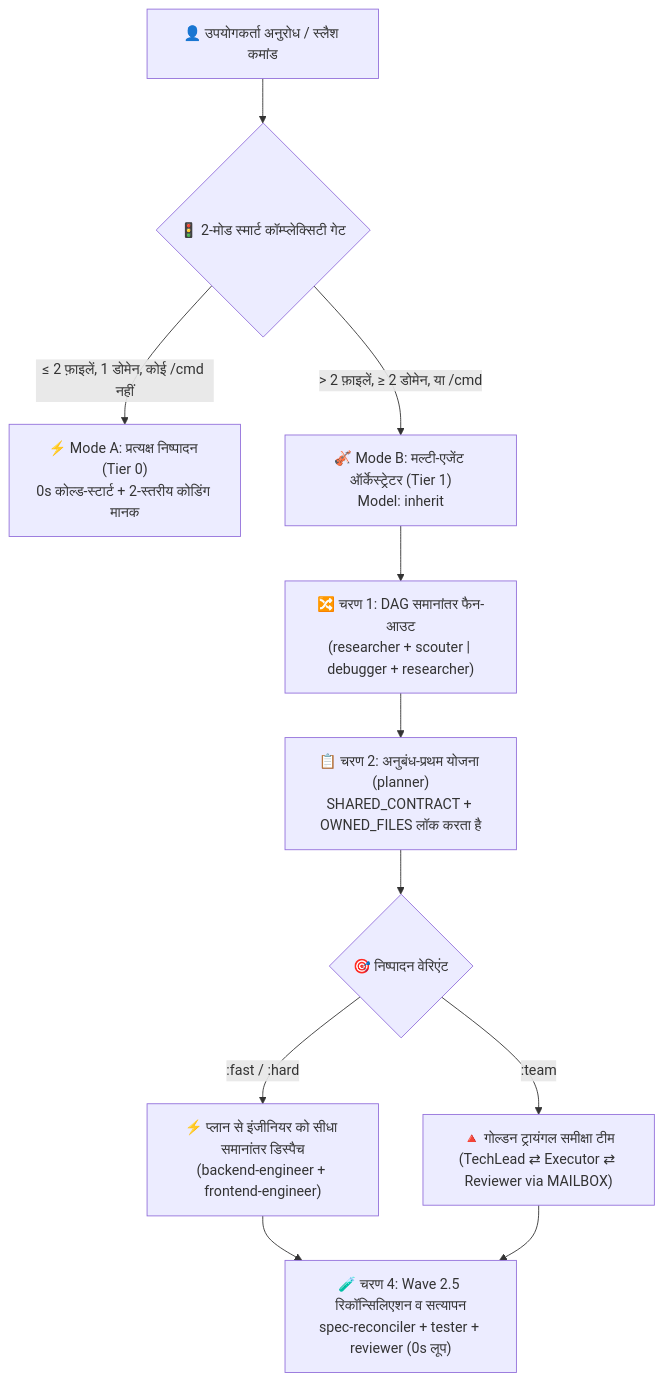
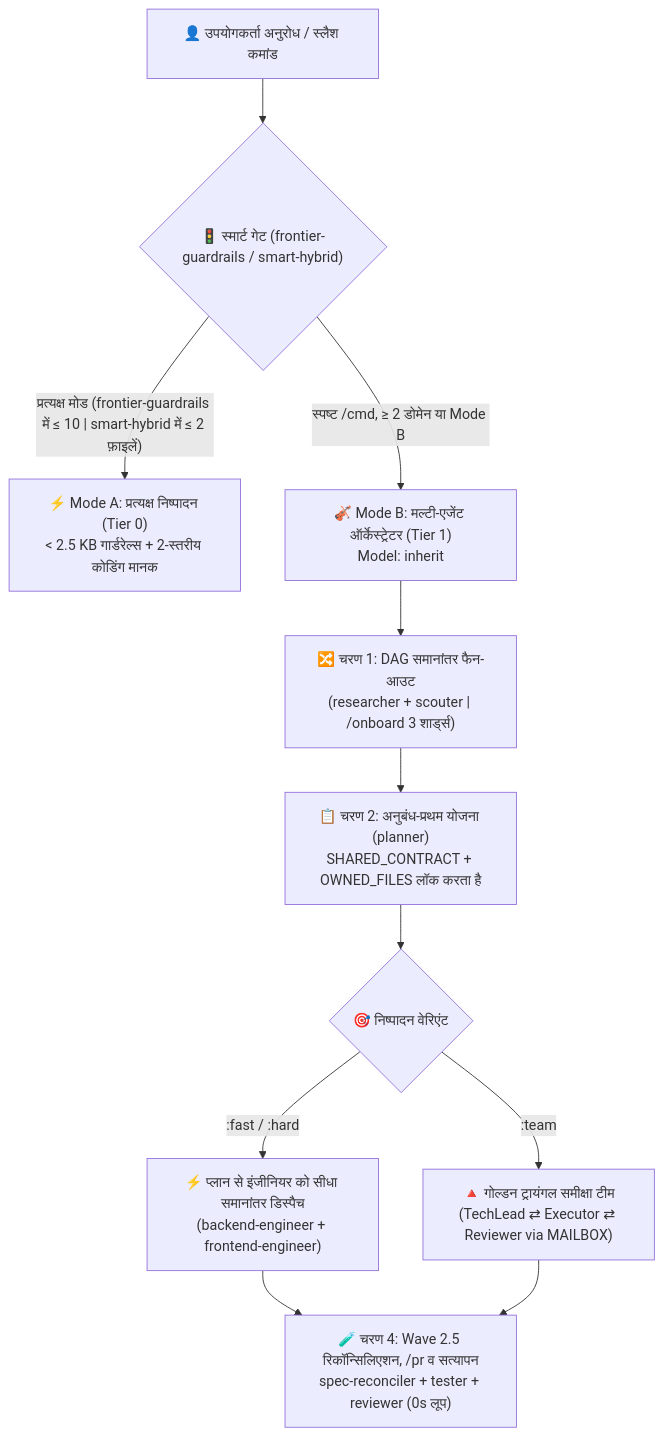
One commit to Kennyboom/BoomOpen-Workflow-Kit-Pro changed the diagram in i18n/README.hi.md. Above: the diagram before and after it, drawn with Mermaid. The commit also changed other lines of this file and 99 other files, not shown here.

````diff
--- a/i18n/README.hi.md
+++ b/i18n/README.hi.md
@@ -49,16 +59,16 @@
 ```mermaid
 flowchart TD
-    User["👤 उपयोगकर्ता अनुरोध / स्लैश कमांड"] --> Gate{"🚦 2-मोड स्मार्ट कॉम्प्लेक्सिटी गेट"}
-    Gate -->|"≤ 2 फ़ाइलें, 1 डोमेन, कोई /cmd नहीं"| ModeA["⚡ Mode A: प्रत्यक्ष निष्पादन (Tier 0)<br/>0s कोल्ड-स्टार्ट + 2-स्तरीय कोडिंग मानक"]
-    Gate -->|"> 2 फ़ाइलें, ≥ 2 डोमेन, या /cmd"| ModeB["🎻 Mode B: मल्टी-एजेंट ऑर्केस्ट्रेटर (Tier 1)<br/>Model: inherit"]
+    User["👤 उपयोगकर्ता अनुरोध / स्लैश कमांड"] --> Gate{"🚦 स्मार्ट गेट (frontier-guardrails / smart-hybrid)"}
+    Gate -->|"प्रत्यक्ष मोड (frontier-guardrails में ≤ 10 | smart-hybrid में ≤ 2 फ़ाइलें)"| ModeA["⚡ Mode A: प्रत्यक्ष निष्पादन (Tier 0)<br/>< 2.5 KB गार्डरेल्स + 2-स्तरीय कोडिंग मानक"]
+    Gate -->|"स्पष्ट /cmd, ≥ 2 डोमेन या Mode B"| ModeB["🎻 Mode B: मल्टी-एजेंट ऑर्केस्ट्रेटर (Tier 1)<br/>Model: inherit"]
 
-    ModeB --> FanOut["🔀 चरण 1: DAG समानांतर फैन-आउट<br/>(researcher + scouter | debugger + researcher)"]
+    ModeB --> FanOut["🔀 चरण 1: DAG समानांतर फैन-आउट<br/>(researcher + scouter | /onboard 3 शार्ड्स)"]
     FanOut --> Plan["📋 चरण 2: अनुबंध-प्रथम योजना (planner)<br/>SHARED_CONTRACT + OWNED_FILES लॉक करता है"]
     Plan --> Dispatch{"🎯 निष्पादन वेरिएंट"}
 
     Dispatch -->|":fast / :hard"| Direct["⚡ प्लान से इंजीनियर को सीधा समानांतर डिस्पैच<br/>(backend-engineer + frontend-engineer)"]
     Dispatch -->|":team"| Triangle["🔺 गोल्डन ट्रायंगल समीक्षा टीम<br/>(TechLead ⇄ Executor ⇄ Reviewer via MAILBOX)"]
 
-    Direct --> Verify["🧪 चरण 4: Wave 2.5 रिकॉन्सिलिएशन व सत्यापन<br/>spec-reconciler + tester + reviewer (0s लूप)"]
+    Direct --> Verify["🧪 चरण 4: Wave 2.5 रिकॉन्सिलिएशन, /pr व सत्यापन<br/>spec-reconciler + tester + reviewer (0s लूप)"]
     Triangle --> Verify
 ```
````
